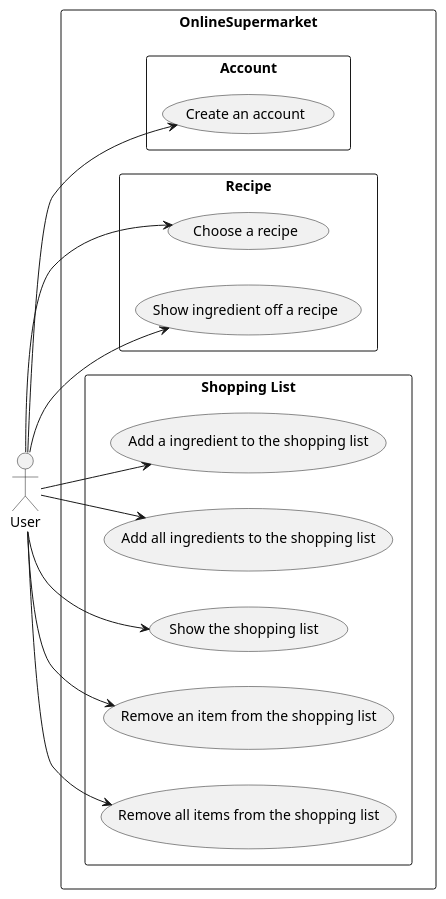
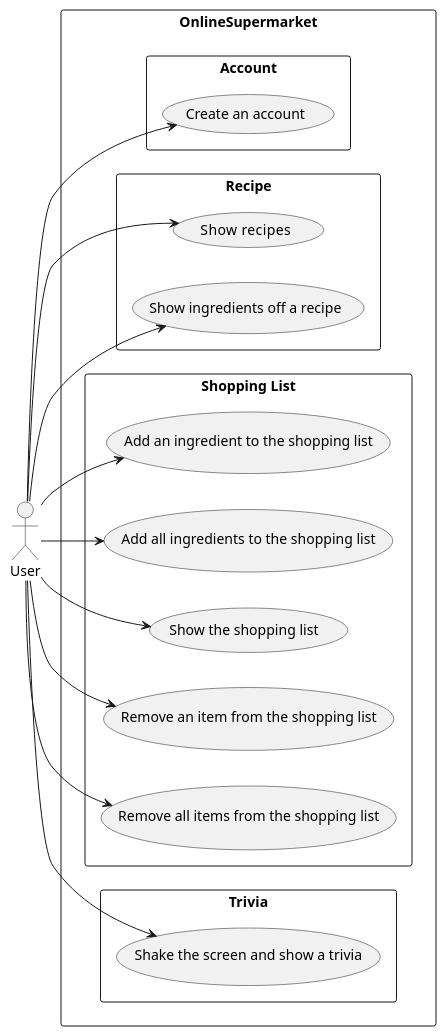
The diagram in Documents/UCD.puml (IsepMartimOliveira/DSSMV_ProjectDroid_1181754), drawn with PlantUML before and after one commit. The commit also changed 16 other files, not shown here.

```diff
--- a/Documents/UCD.puml
+++ b/Documents/UCD.puml
@@ -1,28 +1,31 @@
 @startuml
 left to right direction
 
 actor User
 rectangle "OnlineSupermarket"{
 rectangle "Account" {
     User --> (Create an account)
 
 }
 
 rectangle "Recipe"{
-User --> (Choose a recipe)
-User -->(Show ingredient off a recipe)
+User --> (Show  recipes)
+User -->(Show ingredients off a recipe)
 }
 
 rectangle "Shopping List" {
 
-    User -->(Add a ingredient to the shopping list)
+    User -->(Add an ingredient to the shopping list)
     User -->(Add all ingredients to the shopping list)
 
     User -->(Show the shopping list )
     User -->(Remove an item from the shopping list)
     User -->(Remove all items from the shopping list)
 
 }
+
+rectangle "Trivia"{
+User-->(Shake the screen and show a trivia)
 }
 
 @enduml
```
